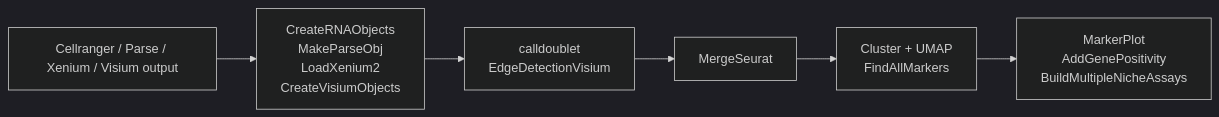
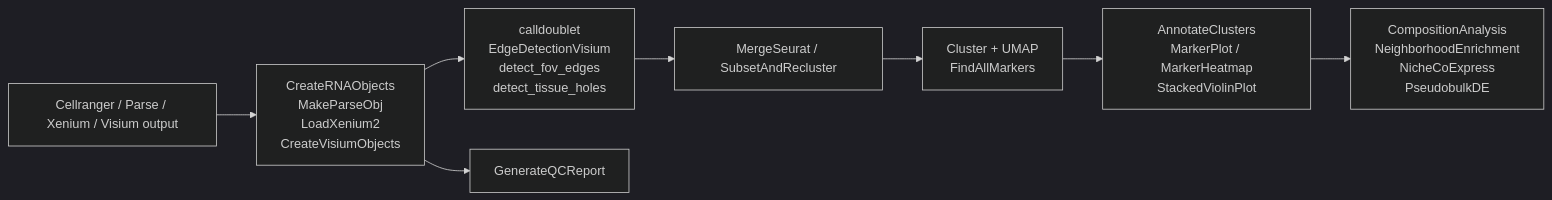
Before and after one commit to gevensen95/SingleCellTools: the diagram in README.md, drawn with Mermaid (dark theme). The commit also changed other lines of this file, not shown here.

````diff
--- a/README.md
+++ b/README.md
@@ -179,8 +230,10 @@
 ```mermaid
 flowchart LR
     A[Cellranger / Parse / Xenium / Visium output] --> B[CreateRNAObjects<br/>MakeParseObj<br/>LoadXenium2<br/>CreateVisiumObjects]
-    B --> C[calldoublet<br/>EdgeDetectionVisium]
-    C --> D[MergeSeurat]
+    B --> C[calldoublet<br/>EdgeDetectionVisium<br/>detect_fov_edges<br/>detect_tissue_holes]
+    B --> Q[GenerateQCReport]
+    C --> D[MergeSeurat / SubsetAndRecluster]
     D --> E[Cluster + UMAP<br/>FindAllMarkers]
-    E --> F[MarkerPlot<br/>AddGenePositivity<br/>BuildMultipleNicheAssays]
+    E --> F[AnnotateClusters<br/>MarkerPlot / MarkerHeatmap<br/>StackedViolinPlot]
+    F --> G[CompositionAnalysis<br/>NeighborhoodEnrichment<br/>NicheCoExpress<br/>PseudobulkDE]
 ```
````
